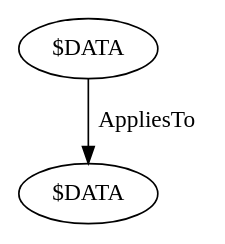
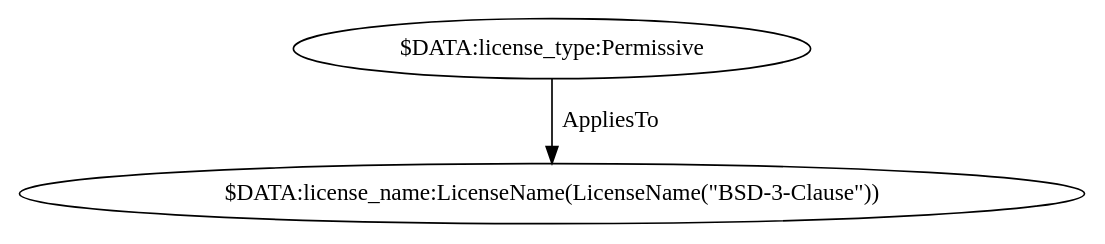
The diagram in test_output/source_hanshammel/BSD-3-Clause.dot (maxhbr/LDBcollector), drawn with Graphviz before and after one commit. The commit also changed 44 other files, not shown here.

```diff
--- a/test_output/source_hanshammel/BSD-3-Clause.dot
+++ b/test_output/source_hanshammel/BSD-3-Clause.dot
@@ -1,5 +1,5 @@
 digraph {
-    190 [ label = "$DATA" ]
-    262 [ label = "$DATA" ]
-    262 -> 190 [ label = "AppliesTo" ]
+    67 [ label = "$DATA:license_name:LicenseName(LicenseName(\"BSD-3-Clause\"))" ]
+    139 [ label = "$DATA:license_type:Permissive" ]
+    139 -> 67 [ label = "AppliesTo" ]
 }
```
